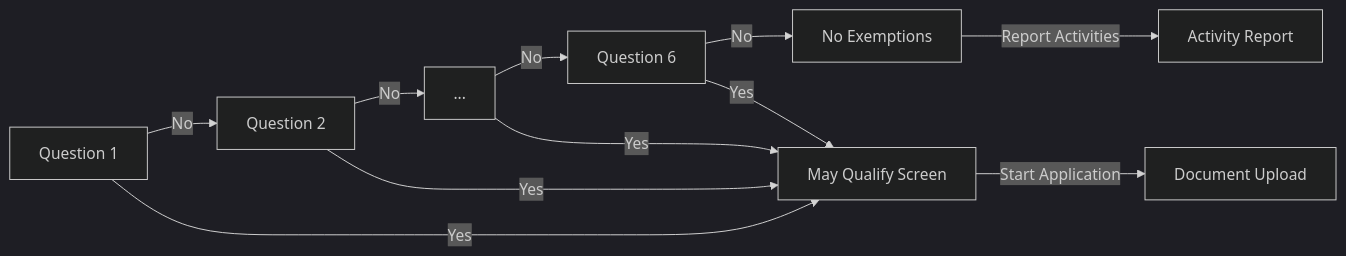
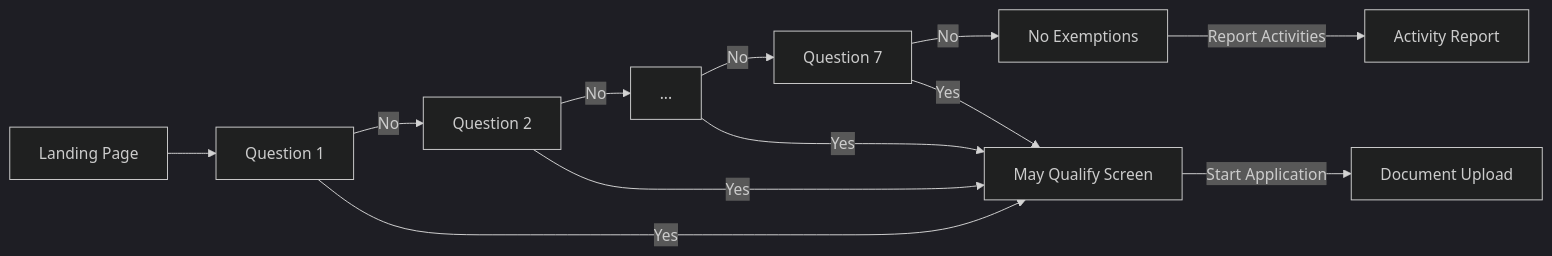
The first of 2 diagrams in docs/architecture/exemption-screener-v2/README.md (navapbc/oscer), drawn with Mermaid (dark theme) before and after one commit. The commit also changed other lines of this file, not shown here.

````diff
--- a/docs/architecture/exemption-screener-v2/README.md
+++ b/docs/architecture/exemption-screener-v2/README.md
@@ -14,7 +16,8 @@
 ```mermaid
 flowchart LR
-    Q1[Question 1] -->|No| Q2[Question 2] -->|No| Q3[...] -->|No| Q6[Question 6] -->|No| Complete[No Exemptions]
-    Q1 & Q2 & Q3 & Q6 -->|Yes| MQ[May Qualify Screen]
+    Start[Landing Page] --> Q1[Question 1]
+    Q1[Question 1] -->|No| Q2[Question 2] -->|No| Q3[...] -->|No| Q7[Question 7] -->|No| Complete[No Exemptions]
+    Q1 & Q2 & Q3 & Q7 -->|Yes| MQ[May Qualify Screen]
     MQ -->|Start Application| App[Document Upload]
     Complete -->|Report Activities| AR[Activity Report]
 ```
````
